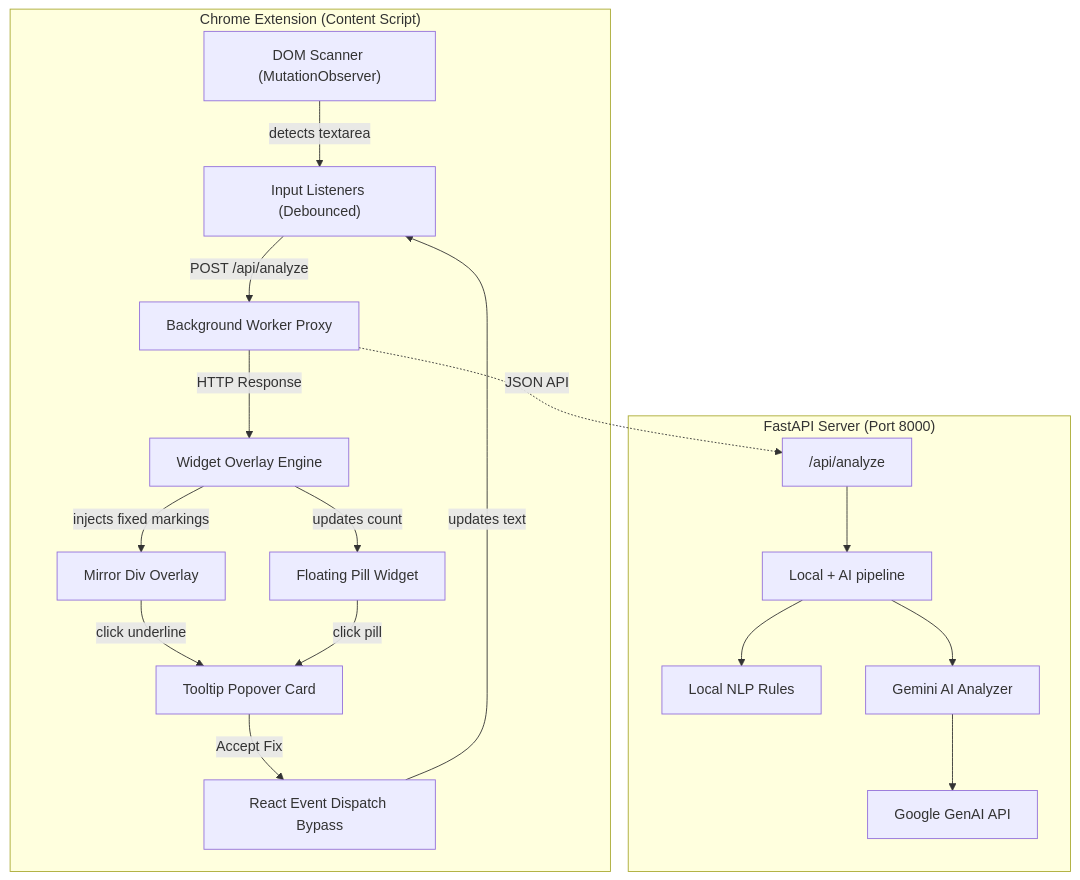
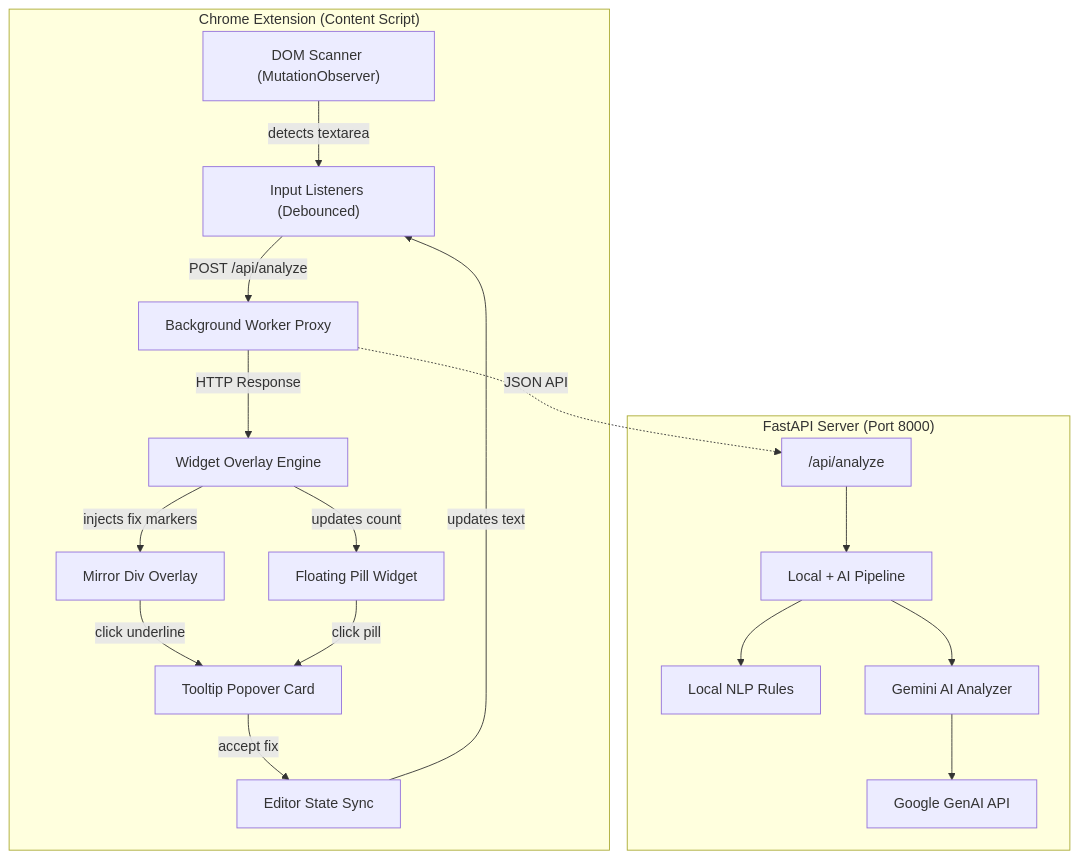
One commit to Chaithanya43-duggi/PROMPTLY changed the diagram in README.md. Above: the diagram before and after it, drawn with Mermaid. The commit also changed other lines of this file, not shown here.

````diff
--- a/README.md
+++ b/README.md
@@ -21,22 +21,22 @@
 ```mermaid
 graph TD
     subgraph Browser ["Chrome Extension (Content Script)"]
         A["DOM Scanner (MutationObserver)"] -->|detects textarea| B["Input Listeners (Debounced)"]
         B -->|POST /api/analyze| C["Background Worker Proxy"]
         C -->|HTTP Response| D["Widget Overlay Engine"]
-        D -->|injects fixed markings| E["Mirror Div Overlay"]
+        D -->|injects fix markers| E["Mirror Div Overlay"]
         D -->|updates count| F["Floating Pill Widget"]
         E -->|click underline| G["Tooltip Popover Card"]
         F -->|click pill| G
-        G -->|Accept Fix| H["React Event Dispatch Bypass"]
+        G -->|accept fix| H["Editor State Sync"]
         H -->|updates text| B
     end
 
     subgraph Backend ["FastAPI Server (Port 8000)"]
         C -.->|JSON API| API["/api/analyze"]
-        API --> Pipeline["Local + AI pipeline"]
+        API --> Pipeline["Local + AI Pipeline"]
         Pipeline --> LocalParser["Local NLP Rules"]
         Pipeline --> AIEngine["Gemini AI Analyzer"]
         AIEngine --> Gemini["Google GenAI API"]
     end
 ```
````
